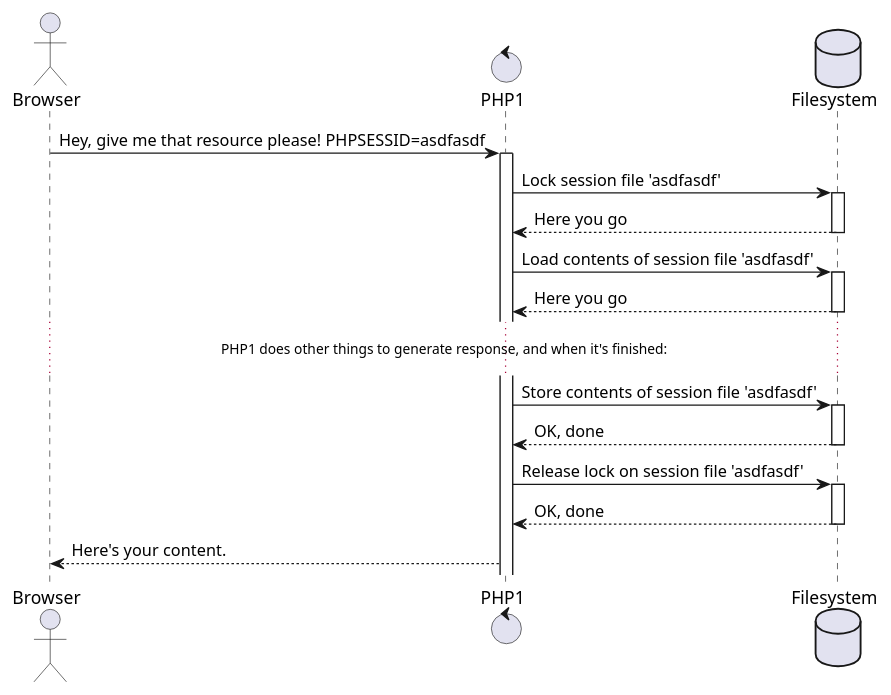
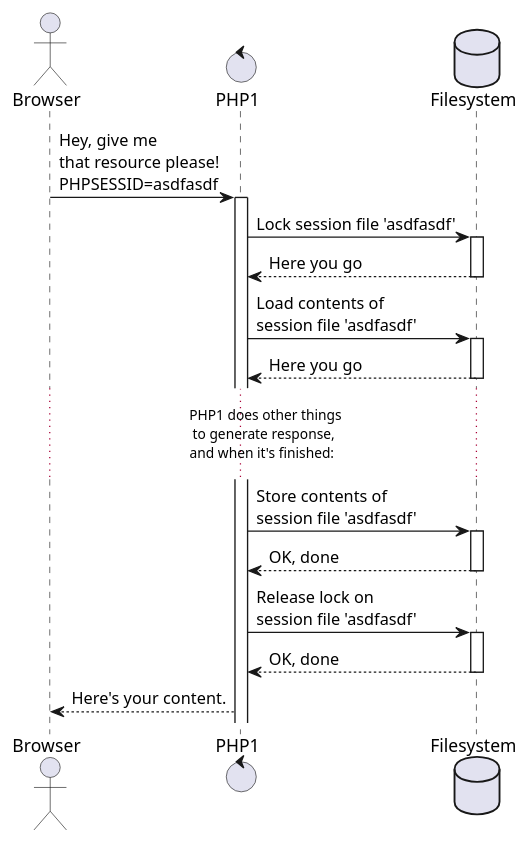
One commit to Moniter123/build-cdn changed the second of 4 diagrams in _posts/2018-01-25-stop-using-php-sessions.md. Above: the diagram before and after it, drawn with PlantUML. The commit also changed other lines of this file and 25 other files, not shown here.

```diff
--- a/_posts/2018-01-25-stop-using-php-sessions.md
+++ b/_posts/2018-01-25-stop-using-php-sessions.md
@@ -122,26 +122,26 @@
 @startuml
 skinparam ParticipantPadding 20
 actor Browser
 control PHP1
 database Filesystem
-Browser -> PHP1: Hey, give me that resource please! PHPSESSID=asdfasdf
+Browser -> PHP1: Hey, give me\nthat resource please!\nPHPSESSID=asdfasdf
 Activate PHP1
 PHP1 -> Filesystem: Lock session file 'asdfasdf'
 Activate Filesystem
 PHP1 <-- Filesystem: Here you go
 Deactivate Filesystem
-PHP1 -> Filesystem: Load contents of session file 'asdfasdf'
+PHP1 -> Filesystem: Load contents of\nsession file 'asdfasdf'
 Activate Filesystem
 PHP1 <-- Filesystem: Here you go
 Deactivate Filesystem
-... PHP1 does other things to generate response, and when it's finished: ...
-PHP1 -> Filesystem: Store contents of session file 'asdfasdf'
+... PHP1 does other things\nto generate response,\nand when it's finished: ...
+PHP1 -> Filesystem: Store contents of\nsession file 'asdfasdf'
 Activate Filesystem
 PHP1 <-- Filesystem: OK, done
 Deactivate Filesystem
-PHP1 -> Filesystem: Release lock on session file 'asdfasdf'
+PHP1 -> Filesystem: Release lock on\nsession file 'asdfasdf'
 Activate Filesystem
 PHP1 <-- Filesystem: OK, done
 Deactivate Filesystem
 Browser <-- PHP1: Here's your content.
 @enduml
```
